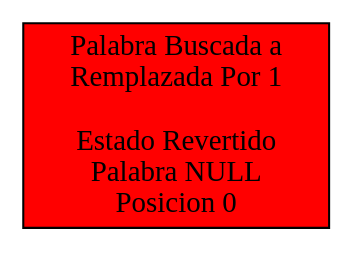
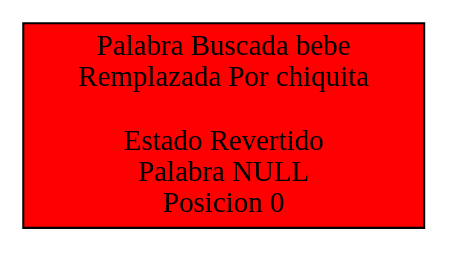
One commit to ChrisUSAC/EDD_1S2020_P1_201709272 changed the diagram in uedit/PilaRevertidos.dot. Above: the diagram before and after it, drawn with Graphviz. The commit also changed 16 other files, not shown here.

```diff
--- a/uedit/PilaRevertidos.dot
+++ b/uedit/PilaRevertidos.dot
@@ -1,11 +1,11 @@
 digraph p{ 
 rankdir=LR 
 node[ shape = box] 
-0[label = "Palabra Buscada a
-Remplazada Por 1
+0[label = "Palabra Buscada bebe
+Remplazada Por chiquita
 
 Estado Revertido
 Palabra NULL
 Posicion 0
 " width=2.0, fillcolor = red, style = filled ]; 
 }
```
